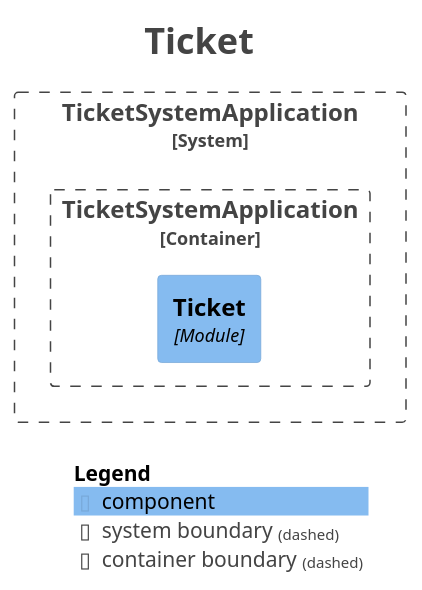
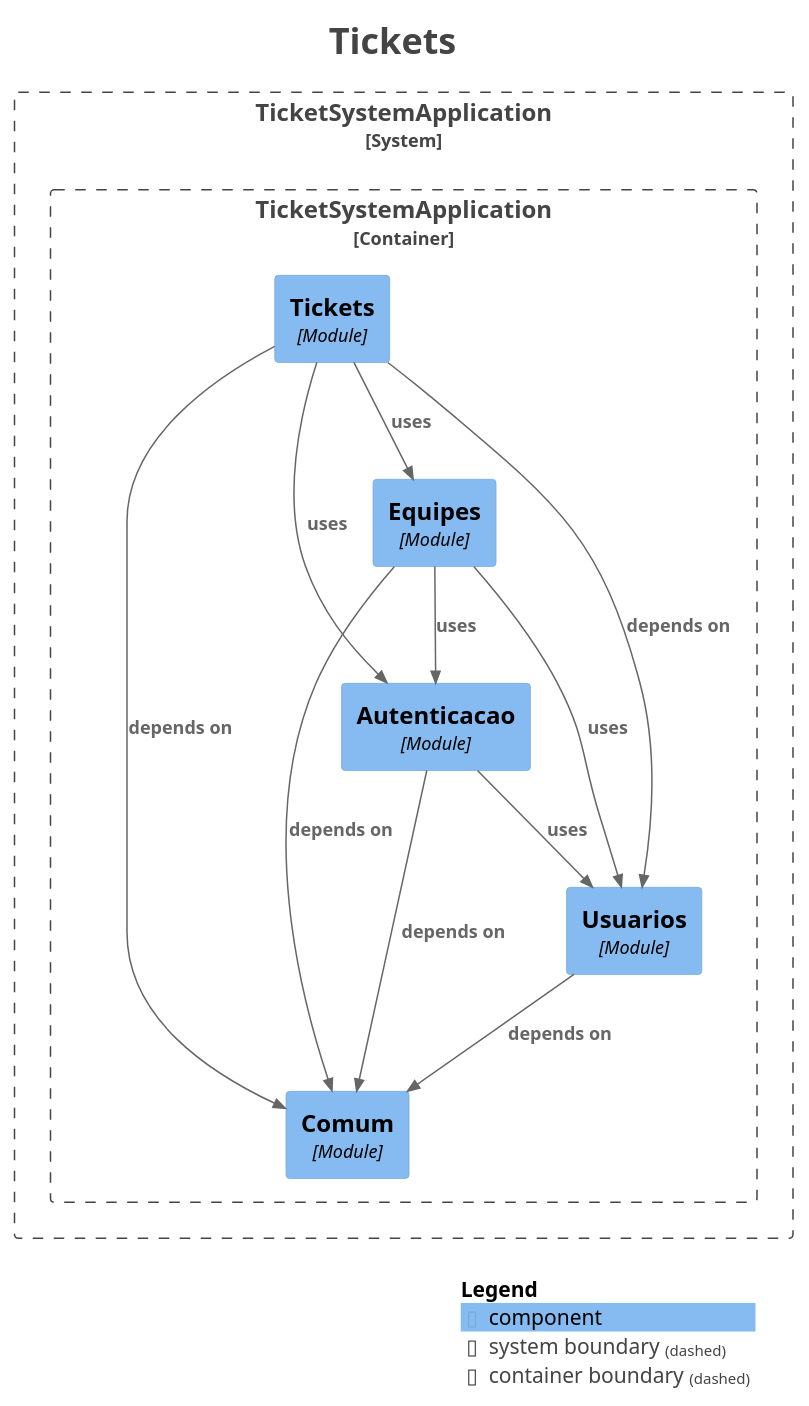
The diagram in docs/modules/module-ticket.puml (AnthoniBortolotto/ticket-management-system), drawn with PlantUML before and after one commit. The commit also changed 65 other files, not shown here.

Commit message:
FEAT - open, move and discuss tickets, routed by category and guarded per ticket

```diff
--- a/docs/modules/module-ticket.puml
+++ b/docs/modules/module-ticket.puml
@@ -1,27 +1,42 @@
 @startuml
-title <size:24>Ticket</size>
+title <size:24>Tickets</size>
 
 set separator none
 top to bottom direction
 
 <style>
   root {
     BackgroundColor: #ffffff
     FontColor: #444444
   }
 </style>
 
 !include <C4/C4>
 !include <C4/C4_Context>
 !include <C4/C4_Component>
 
 System_Boundary("TicketSystemApplication_boundary", "TicketSystemApplication", $tags="") {
   Container_Boundary("TicketSystemApplication.TicketSystemApplication_boundary", "TicketSystemApplication", $tags="") {
-    Component(TicketSystemApplication.TicketSystemApplication.Ticket, "Ticket", $techn="Module", $descr="", $tags="", $link="")
+    Component(TicketSystemApplication.TicketSystemApplication.Tickets, "Tickets", $techn="Module", $descr="", $tags="", $link="")
+    Component(TicketSystemApplication.TicketSystemApplication.Comum, "Comum", $techn="Module", $descr="", $tags="", $link="")
+    Component(TicketSystemApplication.TicketSystemApplication.Usuarios, "Usuarios", $techn="Module", $descr="", $tags="", $link="")
+    Component(TicketSystemApplication.TicketSystemApplication.Autenticacao, "Autenticacao", $techn="Module", $descr="", $tags="", $link="")
+    Component(TicketSystemApplication.TicketSystemApplication.Equipes, "Equipes", $techn="Module", $descr="", $tags="", $link="")
   }
 
 }
 
+Rel(TicketSystemApplication.TicketSystemApplication.Usuarios, TicketSystemApplication.TicketSystemApplication.Comum, "depends on", $techn="", $tags="", $link="")
+Rel(TicketSystemApplication.TicketSystemApplication.Equipes, TicketSystemApplication.TicketSystemApplication.Comum, "depends on", $techn="", $tags="", $link="")
+Rel(TicketSystemApplication.TicketSystemApplication.Equipes, TicketSystemApplication.TicketSystemApplication.Usuarios, "uses", $techn="", $tags="", $link="")
+Rel(TicketSystemApplication.TicketSystemApplication.Equipes, TicketSystemApplication.TicketSystemApplication.Autenticacao, "uses", $techn="", $tags="", $link="")
+Rel(TicketSystemApplication.TicketSystemApplication.Autenticacao, TicketSystemApplication.TicketSystemApplication.Comum, "depends on", $techn="", $tags="", $link="")
+Rel(TicketSystemApplication.TicketSystemApplication.Autenticacao, TicketSystemApplication.TicketSystemApplication.Usuarios, "uses", $techn="", $tags="", $link="")
+Rel(TicketSystemApplication.TicketSystemApplication.Tickets, TicketSystemApplication.TicketSystemApplication.Comum, "depends on", $techn="", $tags="", $link="")
+Rel(TicketSystemApplication.TicketSystemApplication.Tickets, TicketSystemApplication.TicketSystemApplication.Usuarios, "depends on", $techn="", $tags="", $link="")
+Rel(TicketSystemApplication.TicketSystemApplication.Tickets, TicketSystemApplication.TicketSystemApplication.Equipes, "uses", $techn="", $tags="", $link="")
+Rel(TicketSystemApplication.TicketSystemApplication.Tickets, TicketSystemApplication.TicketSystemApplication.Autenticacao, "uses", $techn="", $tags="", $link="")
+
 SHOW_LEGEND(true)
 hide stereotypes
 @enduml
```
